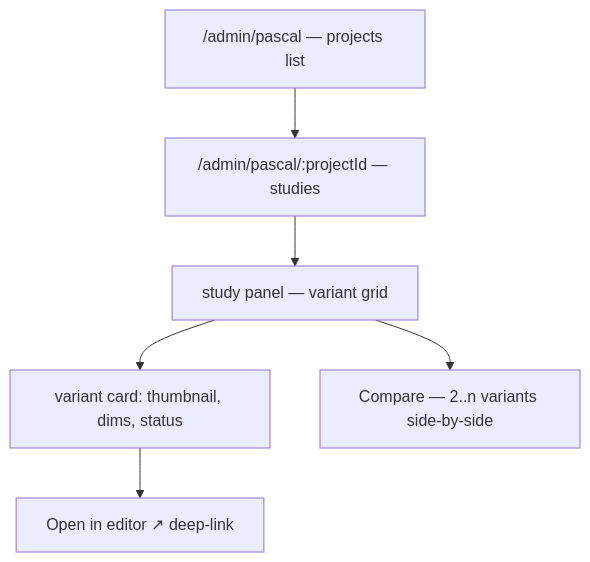
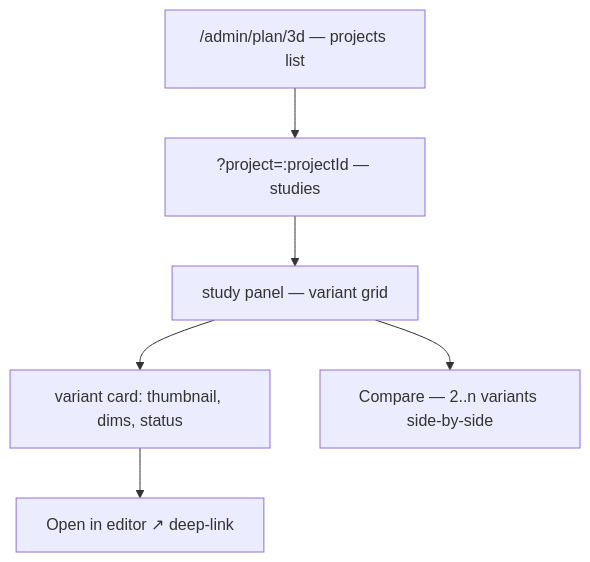
One commit to jmbish04/core-remodel changed the diagram in docs/0043_pascal_render_integration/DESIGN_SPEC.md. Above: the diagram before and after it, drawn with Mermaid. The commit also changed other lines of this file and 20 other files, not shown here.

````diff
--- a/docs/0043_pascal_render_integration/DESIGN_SPEC.md
+++ b/docs/0043_pascal_render_integration/DESIGN_SPEC.md
@@ -15,8 +15,8 @@
 ```mermaid
 flowchart TD
-  P["/admin/pascal — projects list"] --> PD["/admin/pascal/:projectId — studies"]
+  P["/admin/plan/3d — projects list"] --> PD["?project=:projectId — studies"]
   PD --> SD["study panel — variant grid"]
   SD --> VC[variant card: thumbnail, dims, status]
   VC --> OPEN[Open in editor ↗ deep-link]
   SD --> CMP["Compare — 2..n variants side-by-side"]
 ```
````
